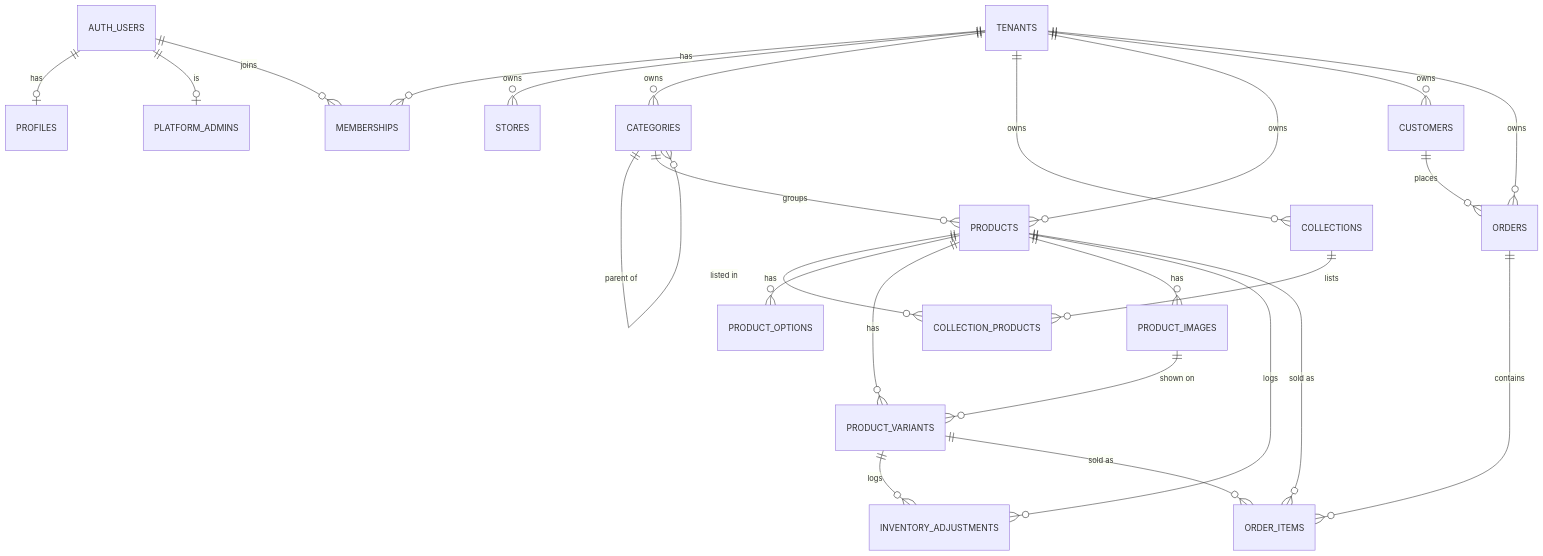
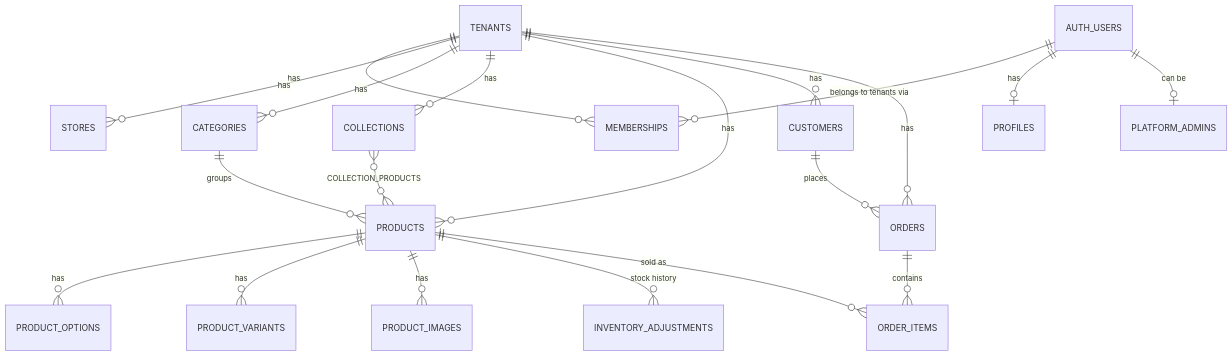
Before and after one commit to wnr-group/store-forge: the diagram in docs/data-model.md, drawn with Mermaid. The commit also changed other lines of this file, not shown here.

````diff
--- a/docs/data-model.md
+++ b/docs/data-model.md
@@ -417,27 +14,22 @@
 ```mermaid
 erDiagram
+    TENANTS ||--o{ MEMBERSHIPS : has
+    TENANTS ||--o{ STORES : has
+    TENANTS ||--o{ CATEGORIES : has
+    TENANTS ||--o{ COLLECTIONS : has
+    TENANTS ||--o{ PRODUCTS : has
+    TENANTS ||--o{ CUSTOMERS : has
+    TENANTS ||--o{ ORDERS : has
+    AUTH_USERS ||--o{ MEMBERSHIPS : "belongs to tenants via"
     AUTH_USERS ||--o| PROFILES : has
-    AUTH_USERS ||--o| PLATFORM_ADMINS : is
-    AUTH_USERS ||--o{ MEMBERSHIPS : joins
-    TENANTS ||--o{ MEMBERSHIPS : has
-    TENANTS ||--o{ STORES : owns
-    TENANTS ||--o{ CATEGORIES : owns
-    TENANTS ||--o{ COLLECTIONS : owns
-    TENANTS ||--o{ PRODUCTS : owns
-    TENANTS ||--o{ CUSTOMERS : owns
-    TENANTS ||--o{ ORDERS : owns
-    CATEGORIES ||--o{ CATEGORIES : "parent of"
+    AUTH_USERS ||--o| PLATFORM_ADMINS : "can be"
     CATEGORIES ||--o{ PRODUCTS : groups
-    COLLECTIONS ||--o{ COLLECTION_PRODUCTS : lists
-    PRODUCTS ||--o{ COLLECTION_PRODUCTS : "listed in"
+    COLLECTIONS }o--o{ PRODUCTS : "COLLECTION_PRODUCTS"
     PRODUCTS ||--o{ PRODUCT_OPTIONS : has
     PRODUCTS ||--o{ PRODUCT_VARIANTS : has
     PRODUCTS ||--o{ PRODUCT_IMAGES : has
-    PRODUCTS ||--o{ INVENTORY_ADJUSTMENTS : logs
-    PRODUCT_VARIANTS ||--o{ INVENTORY_ADJUSTMENTS : logs
-    PRODUCT_IMAGES ||--o{ PRODUCT_VARIANTS : "shown on"
+    PRODUCTS ||--o{ INVENTORY_ADJUSTMENTS : "stock history"
     CUSTOMERS ||--o{ ORDERS : places
     ORDERS ||--o{ ORDER_ITEMS : contains
     PRODUCTS ||--o{ ORDER_ITEMS : "sold as"
-    PRODUCT_VARIANTS ||--o{ ORDER_ITEMS : "sold as"
 ```
````
